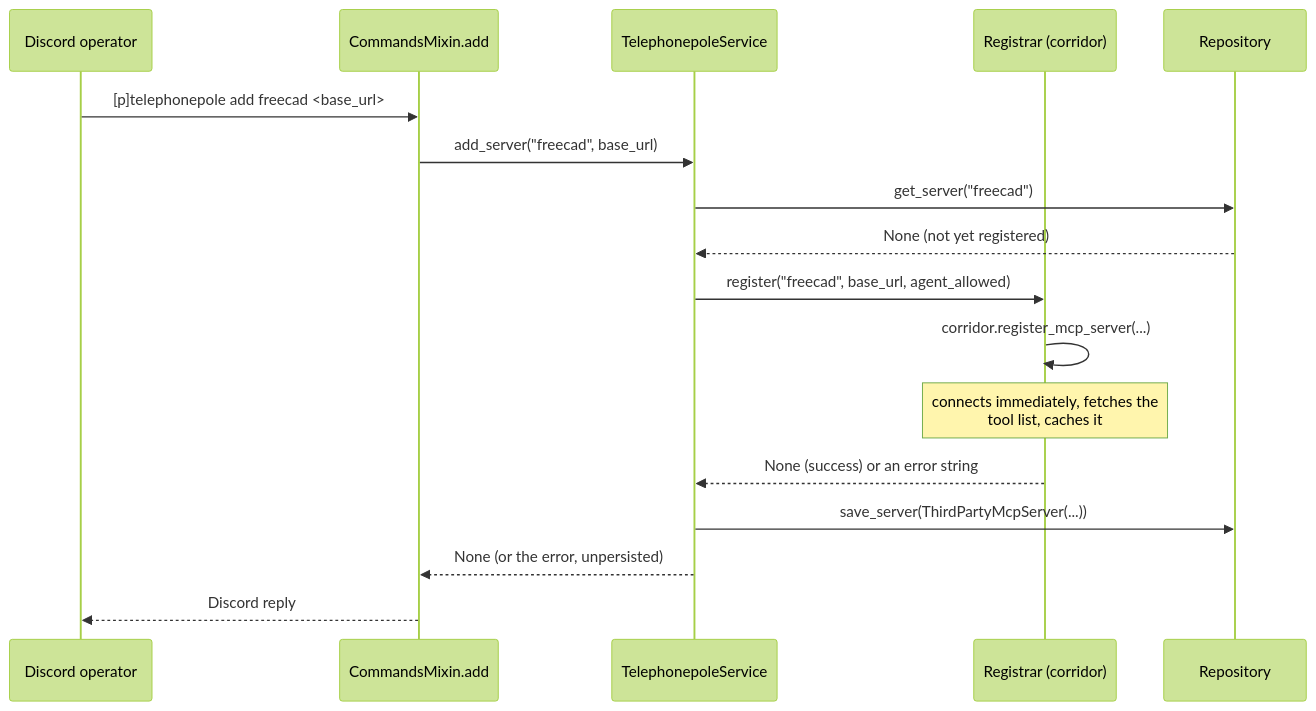
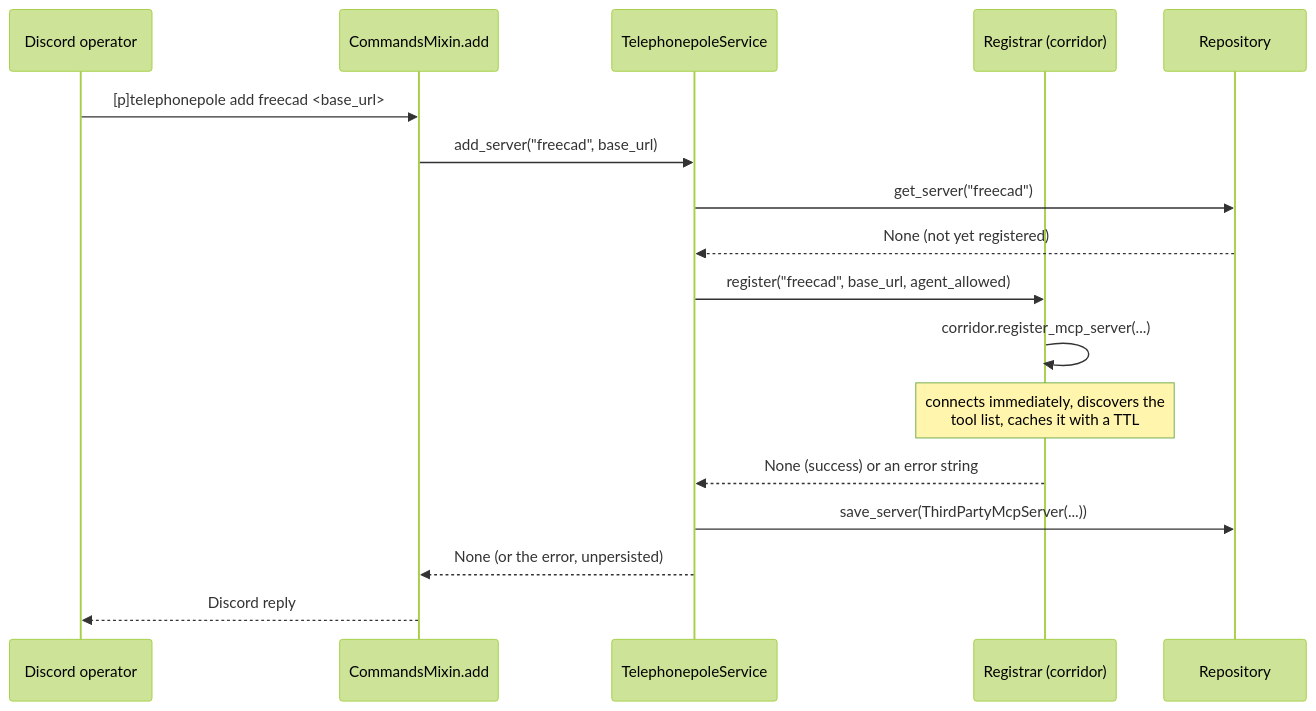
The second of 2 diagrams in docs/telephonepole-design.md (pixel-agents-hq/pixel-agents-cogs), drawn with Mermaid (forest theme) before and after one commit. The commit also changed other lines of this file and 17 other files, not shown here.

First line of the commit message:
feat(animator): native pixel-art-mcp drawing tools with live schema/instructions and image feedback (#92)

````diff
--- a/docs/telephonepole-design.md
+++ b/docs/telephonepole-design.md
@@ -103,20 +103,20 @@
 ```mermaid
 sequenceDiagram
     participant Op as Discord operator
     participant Cmd as CommandsMixin.add
     participant Svc as TelephonepoleService
     participant Reg as Registrar (corridor)
     participant Repo as Repository
 
     Op->>Cmd: [p]telephonepole add freecad <base_url>
     Cmd->>Svc: add_server("freecad", base_url)
     Svc->>Repo: get_server("freecad")
     Repo-->>Svc: None (not yet registered)
     Svc->>Reg: register("freecad", base_url, agent_allowed)
     Reg->>Reg: corridor.register_mcp_server(...)
-    Note over Reg: connects immediately, fetches the<br/>tool list, caches it
+    Note over Reg: connects immediately, discovers the<br/>tool list, caches it with a TTL
     Reg-->>Svc: None (success) or an error string
     Svc->>Repo: save_server(ThirdPartyMcpServer(...))
     Svc-->>Cmd: None (or the error, unpersisted)
     Cmd-->>Op: Discord reply
 ```
````
